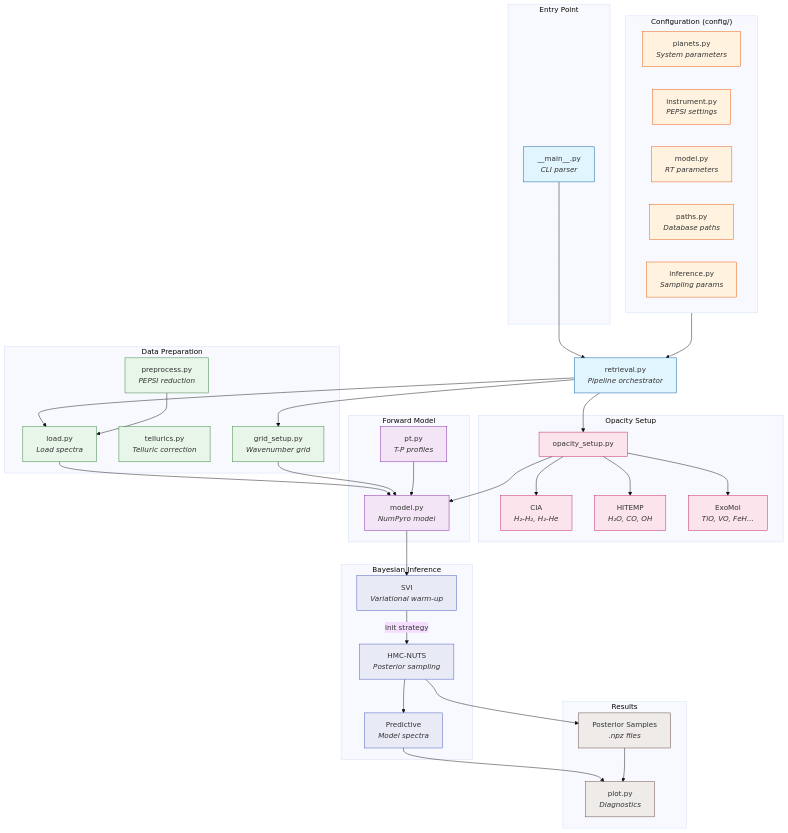
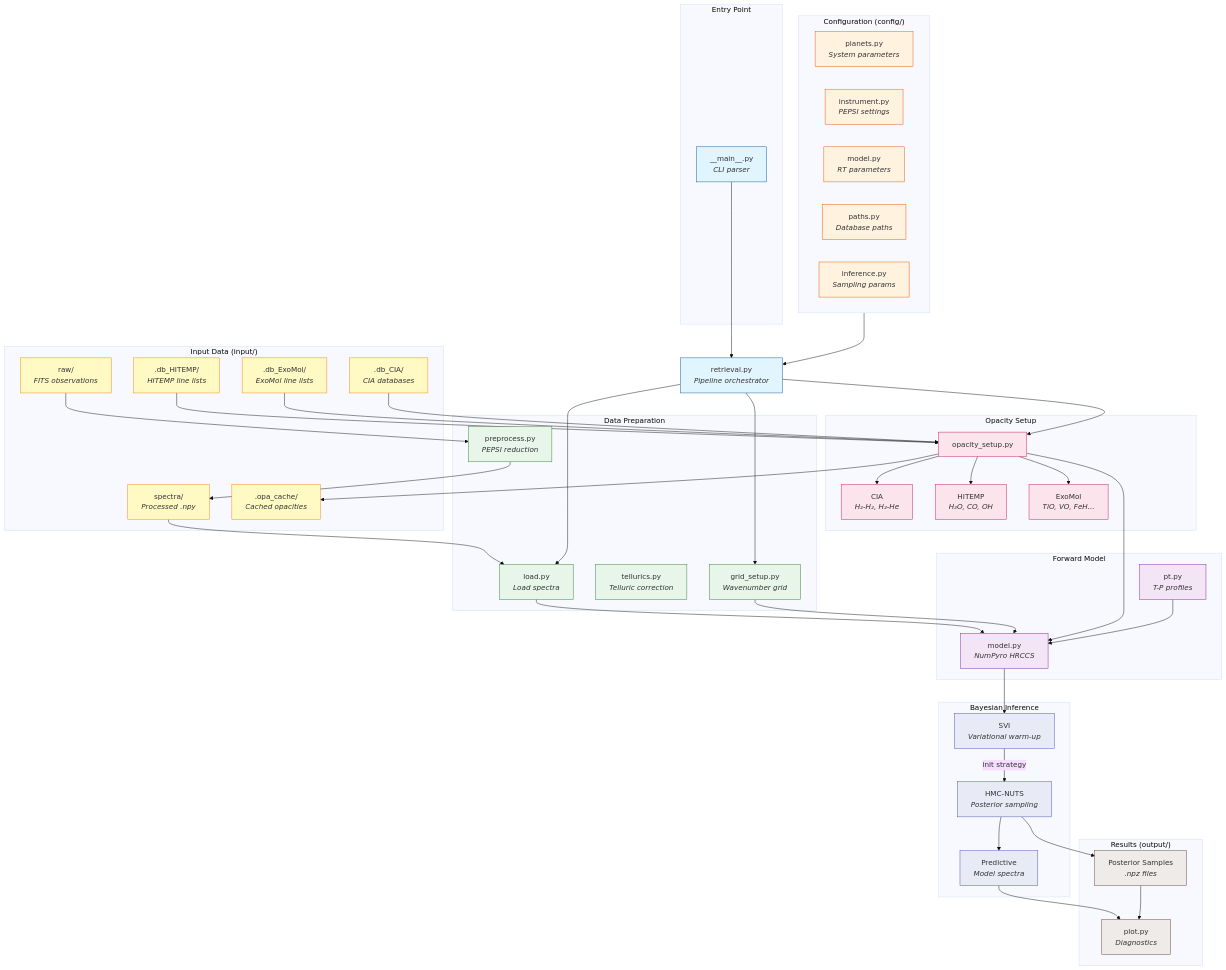
Before and after one commit to calderlen/atmo-retrieval: the diagram in README.md, drawn with Mermaid (base theme). The commit also changed other lines of this file and 2 other files, not shown here.

Commit message:
updated readme and made retrieval use hrccs functions only

````diff
--- a/README.md
+++ b/README.md
@@ -5,5 +5,14 @@
 ```mermaid
 flowchart TB
+    subgraph Input["Input Data (input/)"]
+        raw["raw/<br/><i>FITS observations</i>"]
+        spectra["spectra/<br/><i>Processed .npy</i>"]
+        db_hitemp[".db_HITEMP/<br/><i>HITEMP line lists</i>"]
+        db_exomol[".db_ExoMol/<br/><i>ExoMol line lists</i>"]
+        db_cia[".db_CIA/<br/><i>CIA databases</i>"]
+        opa_cache[".opa_cache/<br/><i>Cached opacities</i>"]
+    end
+
     subgraph CLI["Entry Point"]
         main["__main__.py<br/><i>CLI parser</i>"]
     end
@@ -31,7 +40,7 @@
     end
 
     subgraph Forward["Forward Model"]
-        model["model.py<br/><i>NumPyro model</i>"]
+        model["model.py<br/><i>NumPyro HRCCS</i>"]
         pt["pt.py<br/><i>T-P profiles</i>"]
     end
 
@@ -41,17 +50,26 @@
         pred["Predictive<br/><i>Model spectra</i>"]
     end
 
-    subgraph Output["Results"]
+    subgraph Output["Results (output/)"]
         posterior["Posterior Samples<br/><i>.npz files</i>"]
         plots["plot.py<br/><i>Diagnostics</i>"]
     end
+
+    %% Data flow
+    raw --> preprocess
+    preprocess --> spectra
+    spectra --> load
+
+    db_hitemp --> opa_setup
+    db_exomol --> opa_setup
+    db_cia --> opa_setup
+    opa_setup --> opa_cache
 
     %% Main flow
     main --> retrieval["retrieval.py<br/><i>Pipeline orchestrator</i>"]
     Config --> retrieval
 
     retrieval --> load
-    preprocess --> load
     retrieval --> grid
     retrieval --> opa_setup
 
@@ -73,6 +91,7 @@
     posterior --> plots
 
     %% Styling
+    classDef input fill:#fff9c4,stroke:#f57f17
     classDef entry fill:#e1f5fe,stroke:#01579b
     classDef config fill:#fff3e0,stroke:#e65100
     classDef data fill:#e8f5e9,stroke:#2e7d32
@@ -81,6 +100,7 @@
     classDef inference fill:#e8eaf6,stroke:#3f51b5
     classDef output fill:#efebe9,stroke:#5d4037
 
+    class raw,spectra,db_hitemp,db_exomol,db_cia,opa_cache input
     class main,retrieval entry
     class planets,instrument,model_cfg,paths,inf_cfg config
     class load,preprocess,tellurics,grid data
````
